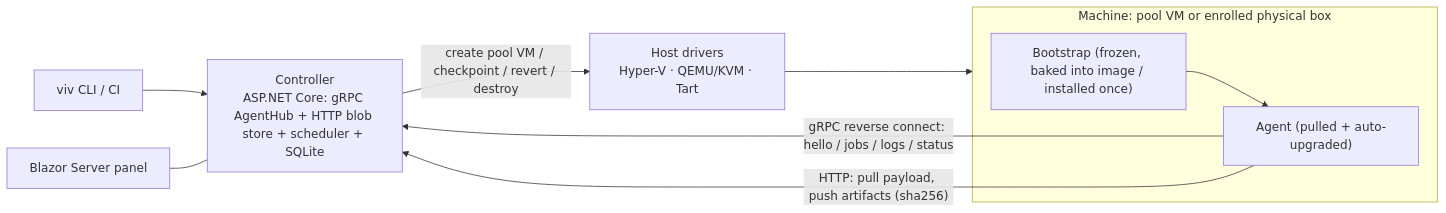
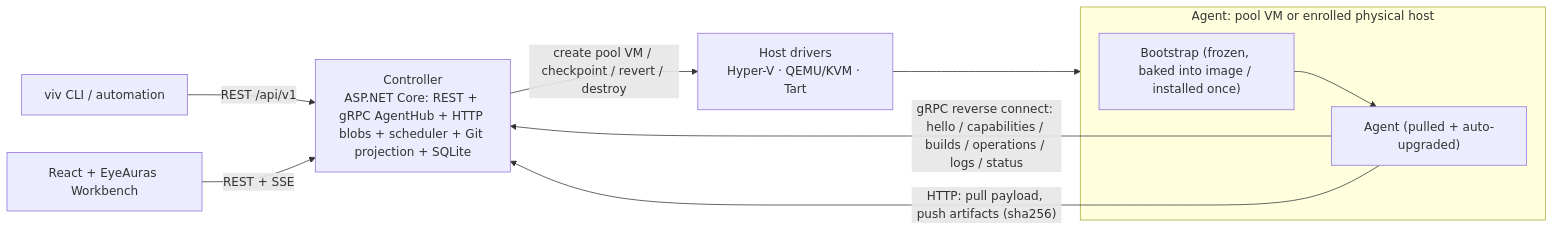
One commit to iXab3r/Vivarium changed the diagram in docs/ARCHITECTURE.md. Above: the diagram before and after it, drawn with Mermaid. The commit also changed other lines of this file and 163 other files, not shown here.

First line of the commit message:
feat: establish the Phase 1 physical-agent control plane

````diff
--- a/docs/ARCHITECTURE.md
+++ b/docs/ARCHITECTURE.md
@@ -60,13 +65,13 @@
 ```mermaid
 flowchart LR
-    CLI["viv CLI / CI"] --> C
-    UI["Blazor Server panel"] --- C
-    C["Controller<br/>ASP.NET Core: gRPC AgentHub + HTTP blob store + scheduler + SQLite"]
+    CLI["viv CLI / automation"] -- "REST /api/v1" --> C
+    UI["React + EyeAuras Workbench"] -- "REST + SSE" --> C
+    C["Controller<br/>ASP.NET Core: REST + gRPC AgentHub + HTTP blobs + scheduler + Git projection + SQLite"]
     C -- "create pool VM / checkpoint / revert / destroy" --> D["Host drivers<br/>Hyper-V · QEMU/KVM · Tart"]
-    subgraph Clone ["Machine: pool VM or enrolled physical box"]
+    subgraph Clone ["Agent: pool VM or enrolled physical host"]
         B["Bootstrap (frozen, baked into image / installed once)"] --> A["Agent (pulled + auto-upgraded)"]
     end
     D --> Clone
-    A -- "gRPC reverse connect: hello / jobs / logs / status" --> C
+    A -- "gRPC reverse connect: hello / capabilities / builds / operations / logs / status" --> C
     A -- "HTTP: pull payload, push artifacts (sha256)" --> C
 ```
````
